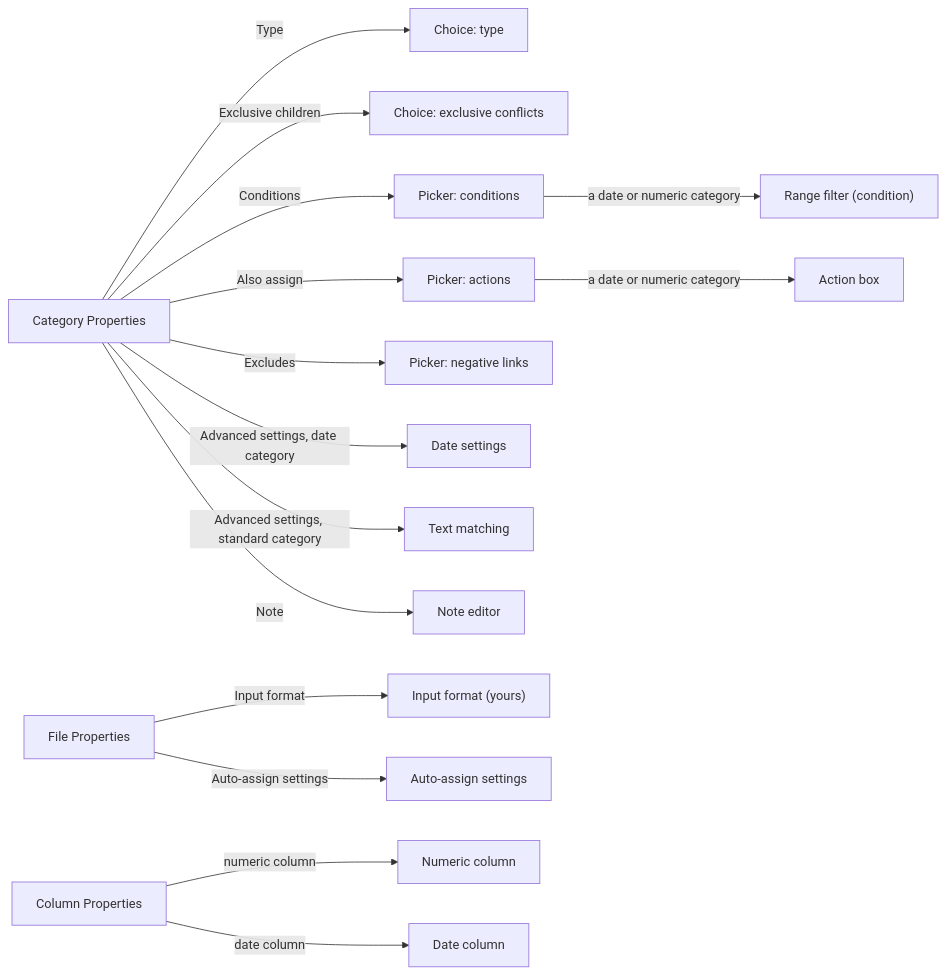
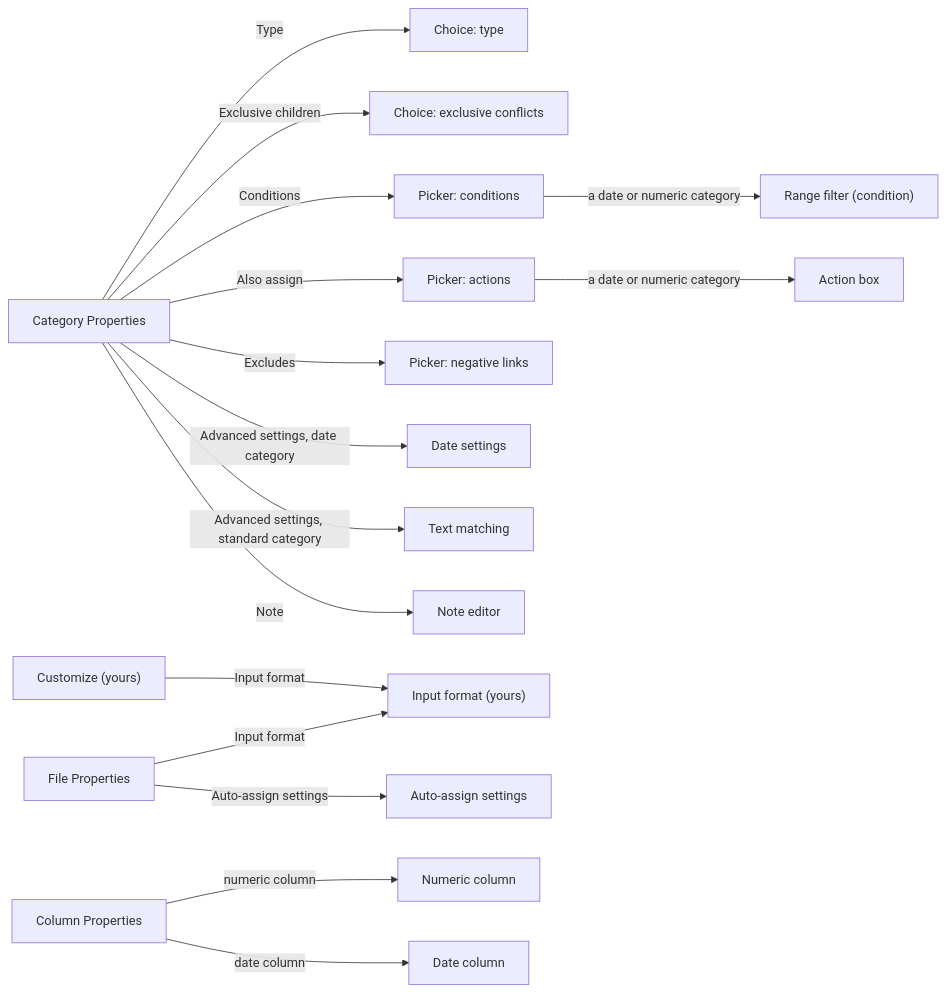
Before and after one commit to jamting/agendum: the second of 2 diagrams in docs/SCREENS.md, drawn with Mermaid. The commit also changed other lines of this file and 18 other files, not shown here.

````diff
--- a/docs/SCREENS.md
+++ b/docs/SCREENS.md
@@ -58,20 +59,21 @@
 ```mermaid
 flowchart LR
     CatProps["Category Properties"]
     CatProps -- "Type" --> TypeChoice["Choice: type"]
     CatProps -- "Exclusive children" --> ExclChoice["Choice: exclusive conflicts"]
     CatProps -- "Conditions" --> CondPicker["Picker: conditions"]
     CondPicker -- "a date or numeric category" --> RangeCond["Range filter (condition)"]
     CatProps -- "Also assign" --> AssignPicker["Picker: actions"]
     AssignPicker -- "a date or numeric category" --> Action["Action box"]
     CatProps -- "Excludes" --> ExclPicker["Picker: negative links"]
     CatProps -- "Advanced settings, date category" --> DateRule["Date settings"]
     CatProps -- "Advanced settings, standard category" --> CatMatch["Text matching"]
     CatProps -- "Note" --> Note["Note editor"]
     FileProps["File Properties"]
     FileProps -- "Input format" --> InputFormat["Input format (yours)"]
     FileProps -- "Auto-assign settings" --> AutoAssign["Auto-assign settings"]
+    Customize["Customize (yours)"] -- "Input format" --> InputFormat
     ColProps["Column Properties"]
     ColProps -- "numeric column" --> NumCol["Numeric column"]
     ColProps -- "date column" --> DateCol["Date column"]
 ```
````
